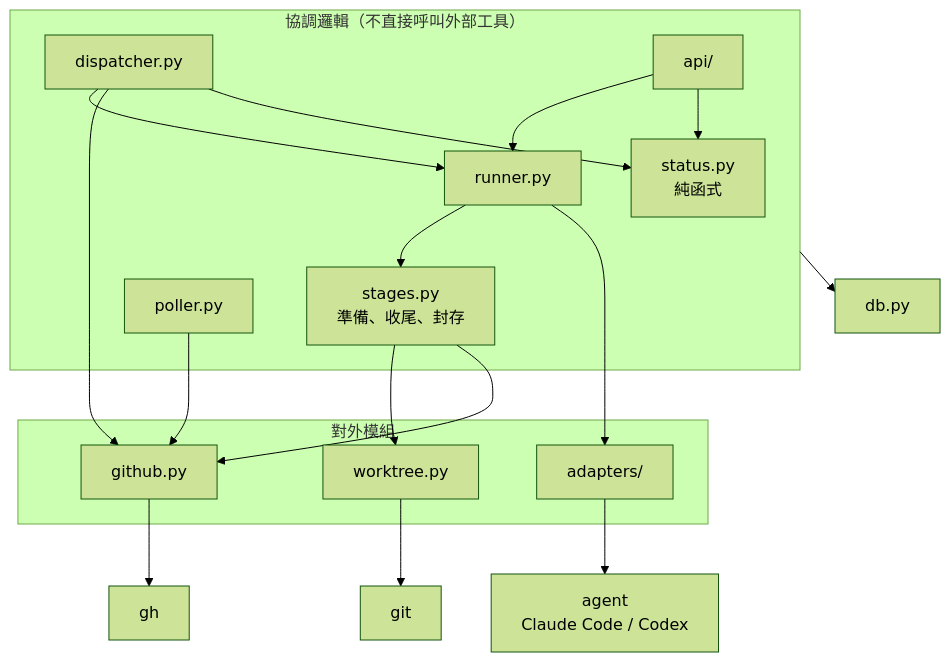
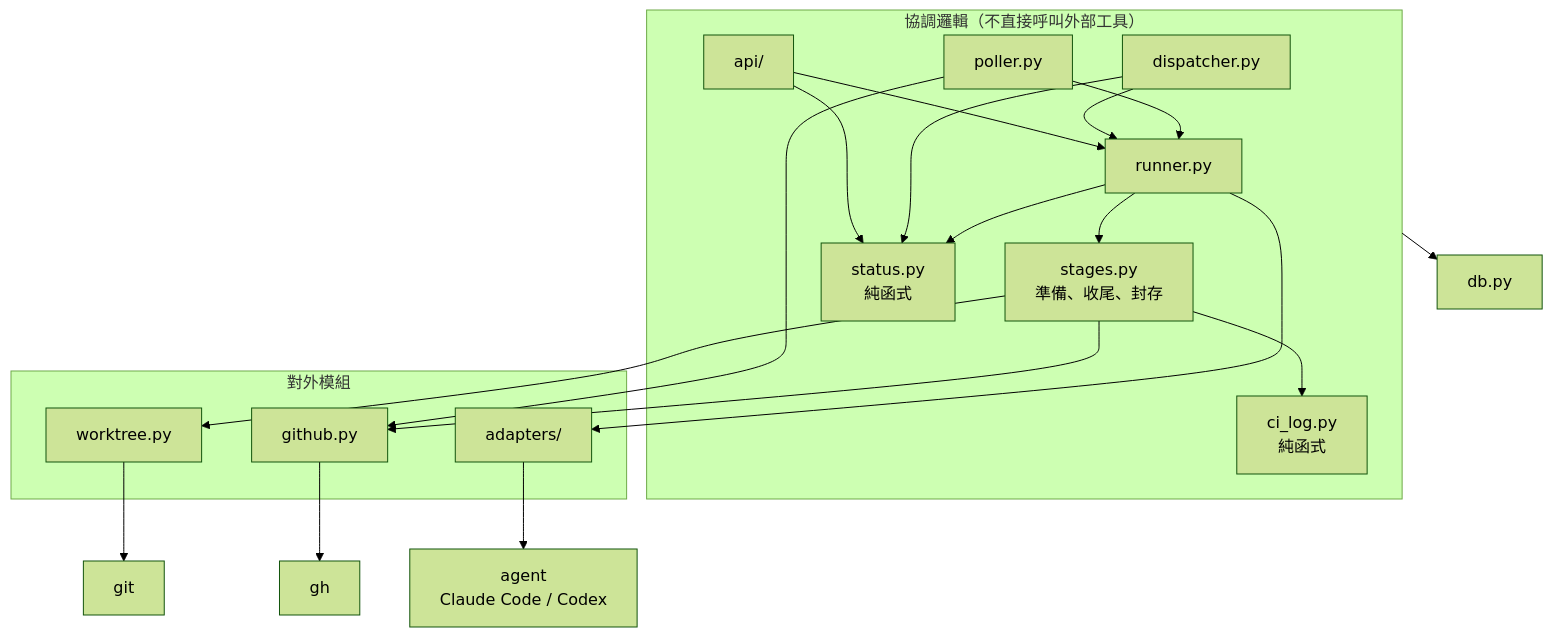
The second of 18 diagrams in docs/06-diagrams.md (ppoozine/agent-supervisor), drawn with Mermaid (forest theme) before and after one commit. The commit also changed other lines of this file and 4 other files, not shown here.

First line of the commit message:
docs(spec): record poller and dispatcher decisions for task 3

````diff
--- a/docs/06-diagrams.md
+++ b/docs/06-diagrams.md
@@ -85,38 +85,41 @@
 ```mermaid
 flowchart TD
     subgraph core["協調邏輯（不直接呼叫外部工具）"]
         runner["runner.py"]
         stagesmod["stages.py<br/>準備、收尾、封存"]
         dispatcher["dispatcher.py"]
         poller["poller.py"]
         status["status.py<br/>純函式"]
+        cilog["ci_log.py<br/>純函式"]
         apimod["api/"]
     end
 
     subgraph outward["對外模組"]
         worktree["worktree.py"]
         githubmod["github.py"]
         adapters["adapters/"]
     end
 
     dbmod["db.py"]
 
     git["git"]
     gh["gh"]
     agent["agent<br/>Claude Code / Codex"]
 
     apimod --> runner
     apimod --> status
     dispatcher --> runner
-    dispatcher --> githubmod
     dispatcher --> status
     poller --> githubmod
+    poller --> runner
     runner --> stagesmod
+    runner --> status
+    stagesmod --> cilog
     stagesmod --> worktree
     stagesmod --> githubmod
     runner --> adapters
     worktree --> git
     githubmod --> gh
     adapters --> agent
     core --> dbmod
 ```
````
